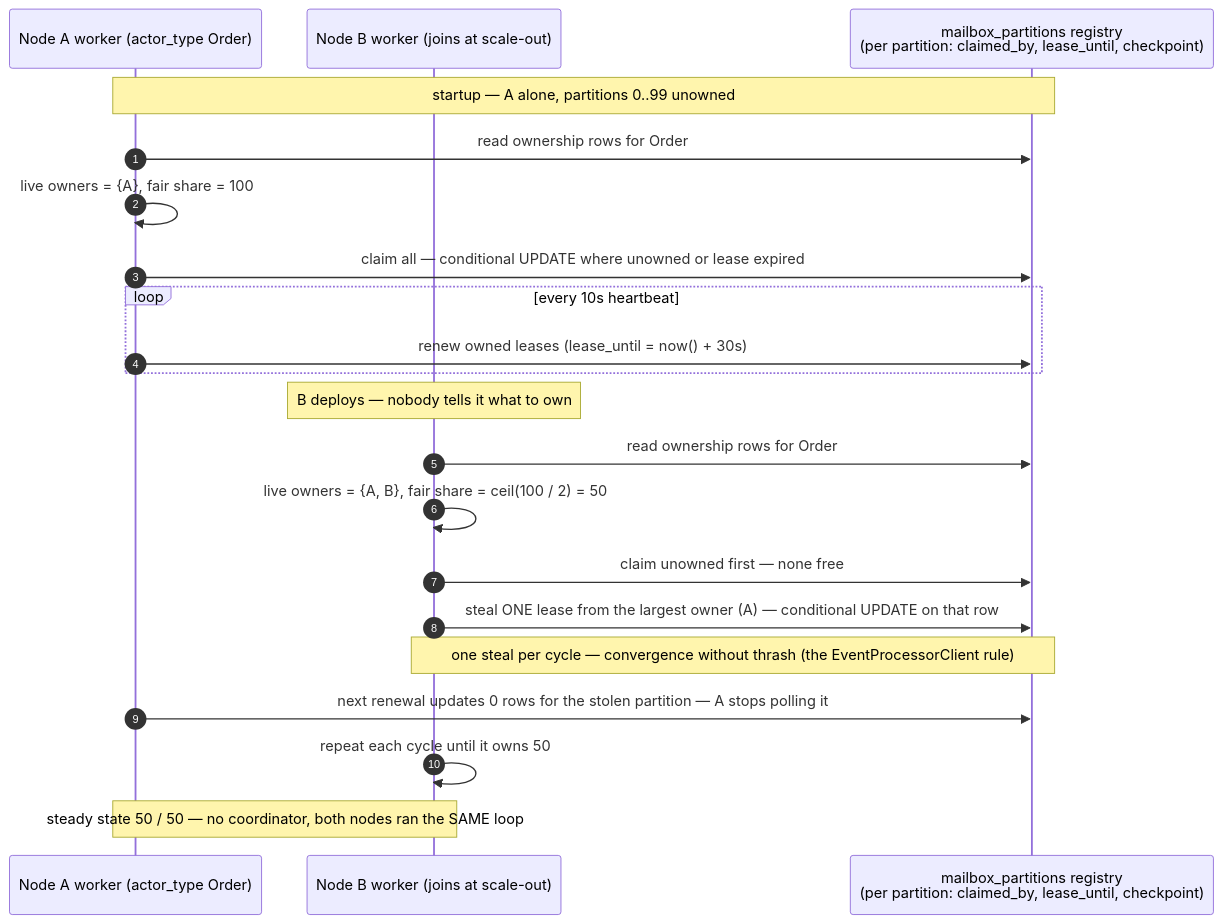
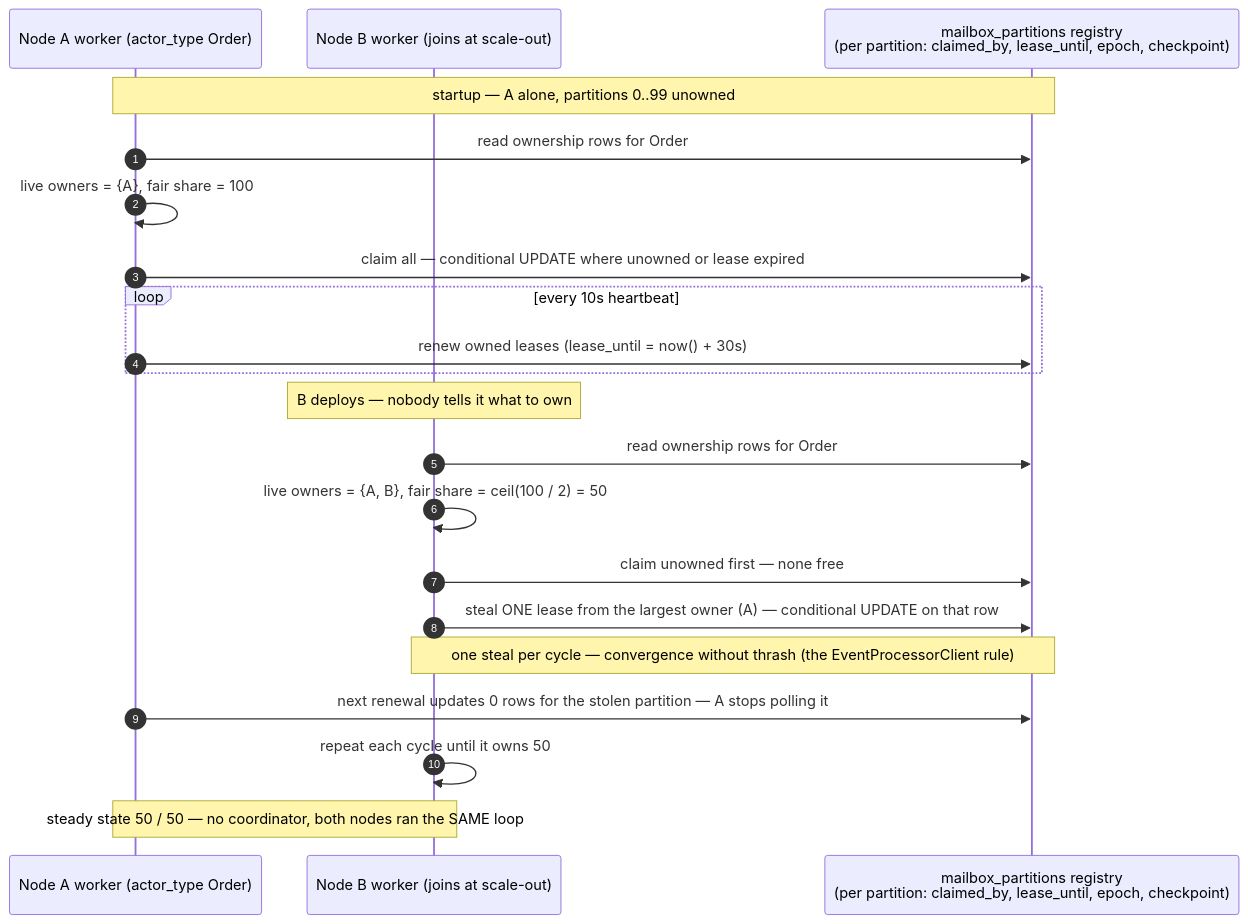
Before and after one commit to TheCaptainCompany/captain-food: the first of 3 diagrams in docs/proposals/PROP-20260728-152752-actor-mailbox-write-path.md, drawn with Mermaid. The commit also changed other lines of this file, not shown here.

First line of the commit message:
docs(#242): the steal window -- dual belief bounded by the lease, dual authority fenced by the epoch

````diff
--- a/docs/proposals/PROP-20260728-152752-actor-mailbox-write-path.md
+++ b/docs/proposals/PROP-20260728-152752-actor-mailbox-write-path.md
@@ -176,24 +176,24 @@
 ```mermaid
 sequenceDiagram
     autonumber
     participant A as Node A worker (actor_type Order)
     participant B as Node B worker (joins at scale-out)
-    participant REG as mailbox_partitions registry<br/>(per partition: claimed_by, lease_until, checkpoint)
+    participant REG as mailbox_partitions registry<br/>(per partition: claimed_by, lease_until, epoch, checkpoint)
 
     Note over A,REG: startup — A alone, partitions 0..99 unowned
     A->>REG: read ownership rows for Order
     A->>A: live owners = {A}, fair share = 100
     A->>REG: claim all — conditional UPDATE where unowned or lease expired
     loop every 10s heartbeat
         A->>REG: renew owned leases (lease_until = now() + 30s)
     end
     Note over B: B deploys — nobody tells it what to own
     B->>REG: read ownership rows for Order
     B->>B: live owners = {A, B}, fair share = ceil(100 / 2) = 50
     B->>REG: claim unowned first — none free
     B->>REG: steal ONE lease from the largest owner (A) — conditional UPDATE on that row
     Note over B,REG: one steal per cycle — convergence without thrash (the EventProcessorClient rule)
     A->>REG: next renewal updates 0 rows for the stolen partition — A stops polling it
     B->>B: repeat each cycle until it owns 50
     Note over A,B: steady state 50 / 50 — no coordinator, both nodes ran the SAME loop
 ```
````
